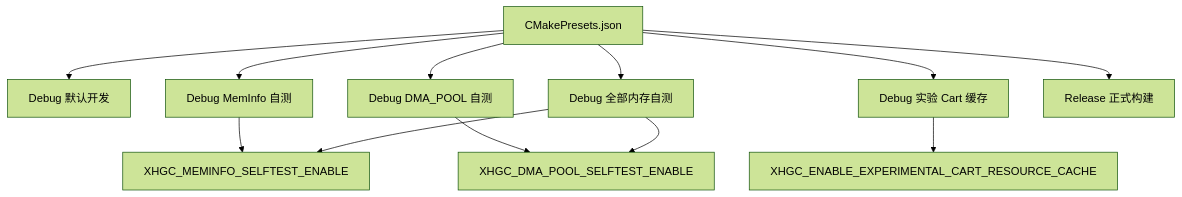
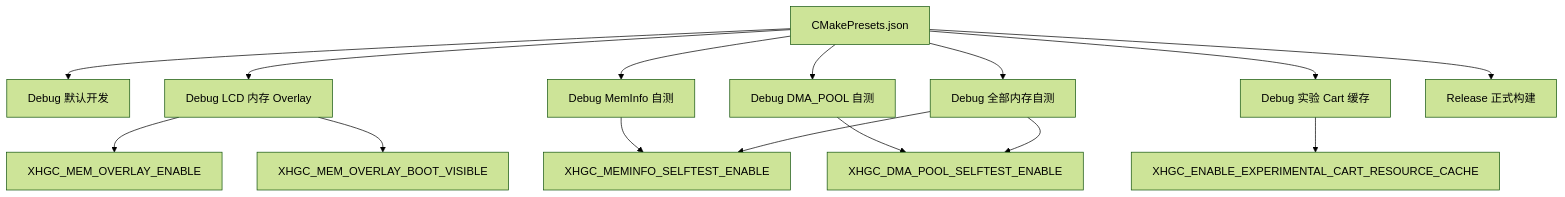
One commit to ExMikuPro/cartdesk-os changed the diagram in Docs/CLion_Build_Presets.md. Above: the diagram before and after it, drawn with Mermaid (forest theme). The commit also changed other lines of this file and 7 other files, not shown here.

Commit message:
feat: 添加 LCD 内存 Overlay 调试配置

````diff
--- a/Docs/CLion_Build_Presets.md
+++ b/Docs/CLion_Build_Presets.md
@@ -7,25 +7,31 @@
 ```mermaid
 flowchart TD
     Presets["CMakePresets.json"]
     Debug["Debug 默认开发"]
+    Overlay["Debug LCD 内存 Overlay"]
     MemInfo["Debug MemInfo 自测"]
     DmaPool["Debug DMA_POOL 自测"]
     AllMem["Debug 全部内存自测"]
     CartCache["Debug 实验 Cart 缓存"]
     Release["Release 正式构建"]
     MemOpt["XHGC_MEMINFO_SELFTEST_ENABLE"]
     DmaOpt["XHGC_DMA_POOL_SELFTEST_ENABLE"]
+    OverlayOpt["XHGC_MEM_OVERLAY_ENABLE"]
+    OverlayVisibleOpt["XHGC_MEM_OVERLAY_BOOT_VISIBLE"]
     CacheOpt["XHGC_ENABLE_EXPERIMENTAL_CART_RESOURCE_CACHE"]
 
     Presets --> Debug
+    Presets --> Overlay
     Presets --> MemInfo
     Presets --> DmaPool
     Presets --> AllMem
     Presets --> CartCache
     Presets --> Release
     MemInfo --> MemOpt
     DmaPool --> DmaOpt
     AllMem --> MemOpt
     AllMem --> DmaOpt
     CartCache --> CacheOpt
+    Overlay --> OverlayOpt
+    Overlay --> OverlayVisibleOpt
 ```
````
